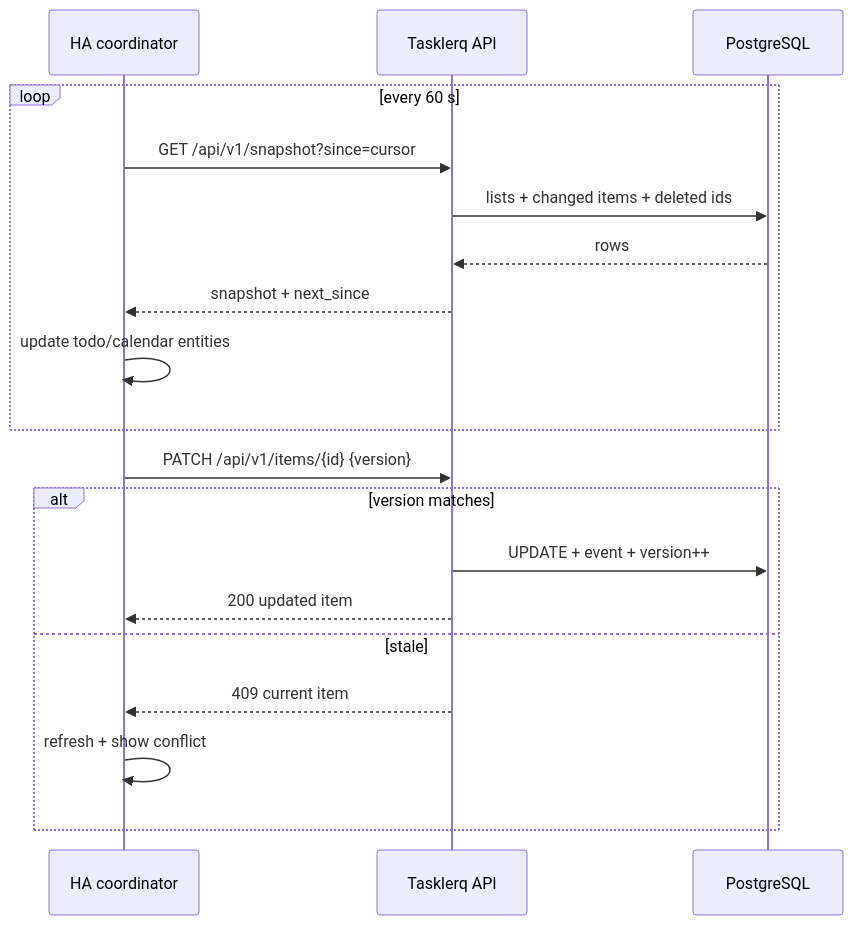
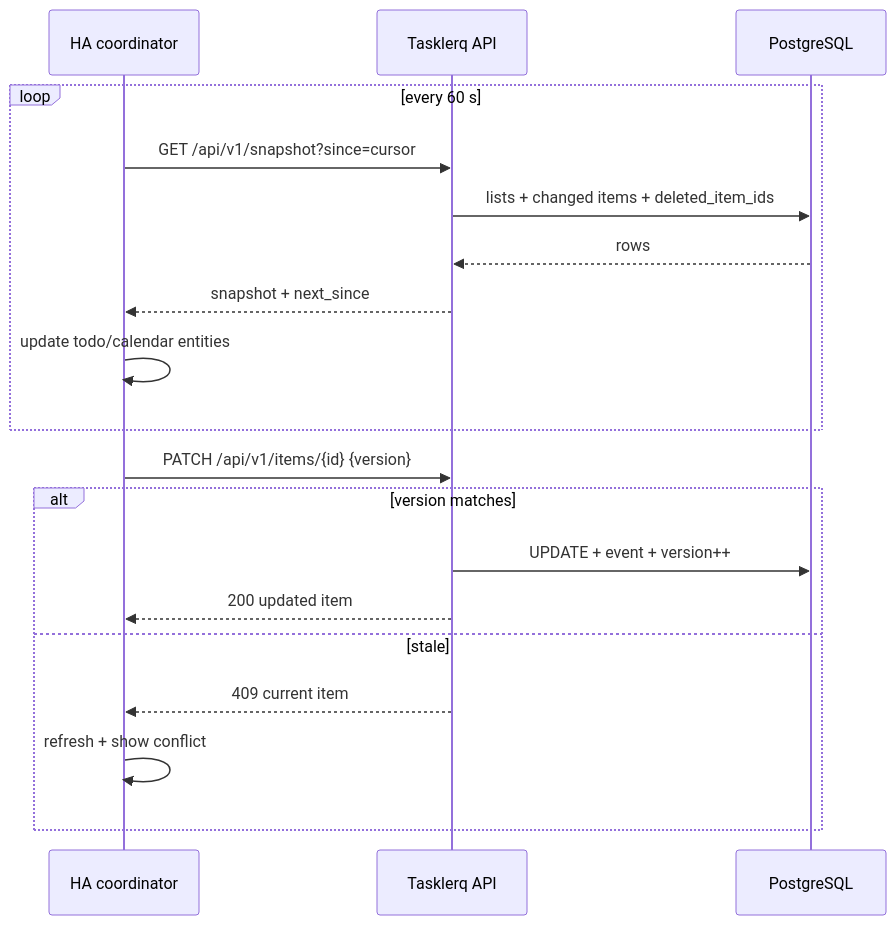
One commit to StellaLupus/tasklerq changed the fifth of 7 diagrams in docs/architecture.md. Above: the diagram before and after it, drawn with Mermaid. The commit also changed other lines of this file and 8 other files, not shown here.

````diff
--- a/docs/architecture.md
+++ b/docs/architecture.md
@@ -166,23 +166,23 @@
 ```mermaid
 sequenceDiagram
     participant HA as HA coordinator
     participant API as Tasklerq API
     participant DB as PostgreSQL
 
     loop every 60 s
         HA->>API: GET /api/v1/snapshot?since=cursor
-        API->>DB: lists + changed items + deleted ids
+        API->>DB: lists + changed items + deleted_item_ids
         DB-->>API: rows
         API-->>HA: snapshot + next_since
         HA->>HA: update todo/calendar entities
     end
 
     HA->>API: PATCH /api/v1/items/{id} {version}
     alt version matches
         API->>DB: UPDATE + event + version++
         API-->>HA: 200 updated item
     else stale
         API-->>HA: 409 current item
         HA->>HA: refresh + show conflict
     end
 ```
````
